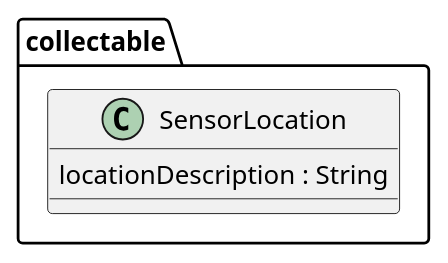
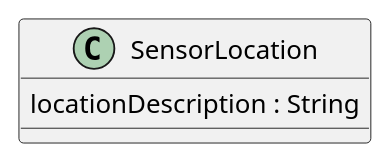
Before and after one commit to beerfactory/brewbox-uml: the diagram in src/class/include/sensorLocation.iuml, drawn with PlantUML. The commit also changed 133 other files, not shown here.

```diff
--- a/src/class/include/sensorLocation.iuml
+++ b/src/class/include/sensorLocation.iuml
@@ -1,5 +1,3 @@
-package collectable {
-	class SensorLocation {
-		locationDescription : String
-	}	
+class SensorLocation {
+	locationDescription : String
 }
```
